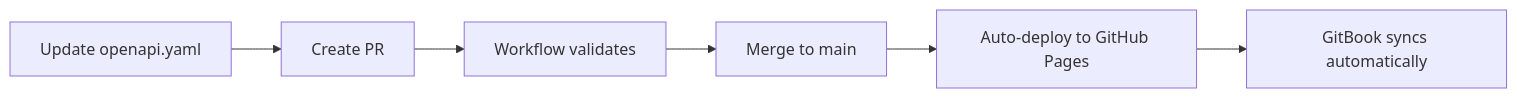
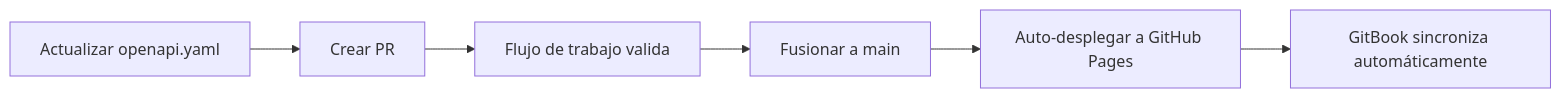
The second of 2 diagrams in contributor-esp/contributor-guides/api-documentation.md (drkrillo/docs), drawn with Mermaid before and after one commit. The commit also changed other lines of this file and 18 other files, not shown here.

````diff
--- a/contributor-esp/contributor-guides/api-documentation.md
+++ b/contributor-esp/contributor-guides/api-documentation.md
@@ -397,8 +397,8 @@
 ```mermaid
 graph LR
-    A[Update openapi.yaml] --> B[Create PR]
-    B --> C[Workflow validates]
-    C --> D[Merge to main]
-    D --> E[Auto-deploy to GitHub Pages]
-    E --> F[GitBook syncs automatically]
+    A[Actualizar openapi.yaml] --> B[Crear PR]
+    B --> C[Flujo de trabajo valida]
+    C --> D[Fusionar a main]
+    D --> E[Auto-desplegar a GitHub Pages]
+    E --> F[GitBook sincroniza automáticamente]
 ```
````
